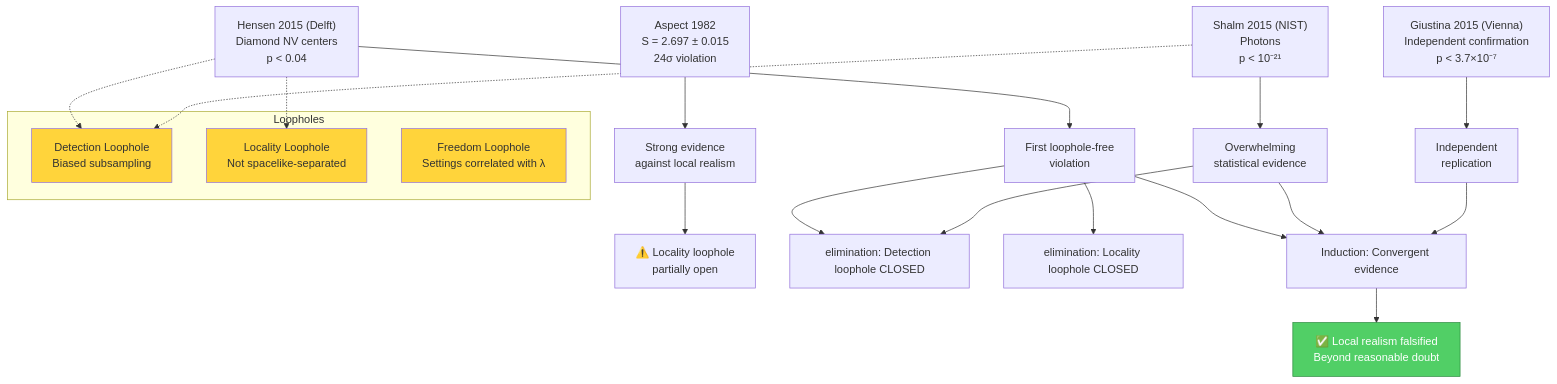
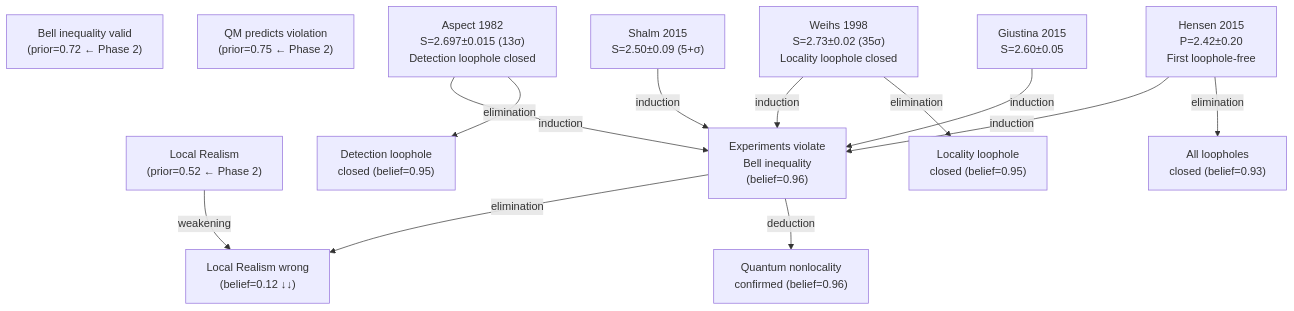
One commit to newtontech/bell-inequality-gaia changed the fifth of 8 diagrams in README.md. Above: the diagram before and after it, drawn with Mermaid. The commit also changed other lines of this file, not shown here.

Commit message:
Rebuild: chained belief propagation across 4 phases

````diff
--- a/README.md
+++ b/README.md
@@ -171,33 +139,27 @@
 ```mermaid
 graph TD
-    subgraph "Loopholes"
-        L1["Detection Loophole<br/>Biased subsampling"]
-        L2["Locality Loophole<br/>Not spacelike-separated"]
-        L3["Freedom Loophole<br/>Settings correlated with λ"]
-    end
-
-    A["Aspect 1982<br/>S = 2.697 ± 0.015<br/>24σ violation"] --> R1["Strong evidence<br/>against local realism"]
-    R1 --> R1b["⚠️ Locality loophole<br/>partially open"]
-
-    B["Hensen 2015 (Delft)<br/>Diamond NV centers<br/>p < 0.04"] --> R2["First loophole-free<br/>violation"]
-    B -.-> L1
-    B -.-> L2
-
-    C["Shalm 2015 (NIST)<br/>Photons<br/>p < 10⁻²¹"] --> R3["Overwhelming<br/>statistical evidence"]
-    C -.-> L1
-
-    D["Giustina 2015 (Vienna)<br/>Independent confirmation<br/>p < 3.7×10⁻⁷"] --> R4["Independent<br/>replication"]
-
-    R2 --> E["elimination: Detection loophole CLOSED"]
-    R2 --> F["elimination: Locality loophole CLOSED"]
-    R3 --> E
-    R2 --> G["Induction: Convergent evidence"]
-    R3 --> G
-    R4 --> G
-    G --> H["✅ Local realism falsified<br/>Beyond reasonable doubt"]
-
-    style H fill:#51cf66,stroke:#2b8a3e,color:#fff
-    style L1 fill:#ffd43b
-    style L2 fill:#ffd43b
-    style L3 fill:#ffd43b
+    BI3["Bell inequality valid<br/>(prior=0.72 ← Phase 2)"]
+    QV3["QM predicts violation<br/>(prior=0.75 ← Phase 2)"]
+    LR3["Local Realism<br/>(prior=0.52 ← Phase 2)"]
+    
+    ASPECT["Aspect 1982<br/>S=2.697±0.015 (13σ)<br/>Detection loophole closed"]
+    WEIHS["Weihs 1998<br/>S=2.73±0.02 (35σ)<br/>Locality loophole closed"]
+    HENSEN["Hensen 2015<br/>P=2.42±0.20<br/>First loophole-free"]
+    SHALM["Shalm 2015<br/>S=2.50±0.09 (5+σ)"]
+    GIUSTINA["Giustina 2015<br/>S=2.60±0.05"]
+    
+    ASPECT -->|"induction"| VIOL["Experiments violate<br/>Bell inequality<br/>(belief=0.96)"]
+    WEIHS -->|"induction"| VIOL
+    HENSEN -->|"induction"| VIOL
+    SHALM -->|"induction"| VIOL
+    GIUSTINA -->|"induction"| VIOL
+    
+    VIOL -->|"elimination"| LR3B["Local Realism wrong<br/>(belief=0.12 ↓↓)"]
+    LR3 -->|"weakening"| LR3B
+    
+    ASPECT -->|"elimination"| DETECT["Detection loophole<br/>closed (belief=0.95)"]
+    WEIHS -->|"elimination"| LOC["Locality loophole<br/>closed (belief=0.95)"]
+    HENSEN -->|"elimination"| LOFREE["All loopholes<br/>closed (belief=0.93)"]
+    
+    VIOL -->|"deduction"| QNF["Quantum nonlocality<br/>confirmed (belief=0.96)"]
 ```
````
